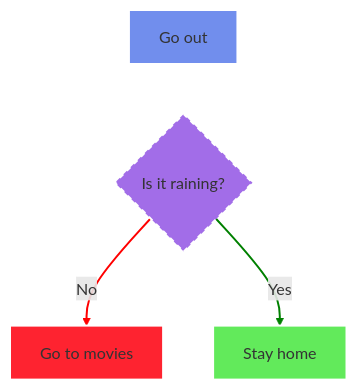
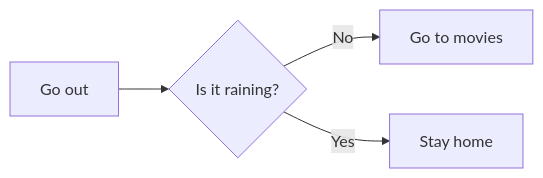
Before and after one commit to Adityamirpagar/mermaid: the diagram in readme.md, drawn with Mermaid. The commit also changed other lines of this file and 2 other files, not shown here.

Commit message:
link sheet added

````diff
--- a/readme.md
+++ b/readme.md
@@ -18,17 +16,13 @@
 ```mermaid
-flowchart TD
+flowchart LR
 %% is it raining
-    A["Go out"] --> B{"Is it raining?"} --"No"--> C["Go to movies"]
 
-    B--"Yes"--> D["Stay home"]
-
-   
-    linkStyle 0 stroke:white, stroke-width:2px;
-    linkStyle 1 stroke:red, stroke-width:2px;
-    linkStyle 2 stroke:green, stroke-width:2px;
-
-    style A fill:#718eed, stroke:white, stroke-width:2px;
-    style B fill:#a26de8, stroke:white, stroke-width:2px, stroke-dasharray:5 5;
-    style C fill:#fe2330, stroke:white, stroke-width:2px;
-    style D fill:#62ea5b, stroke:white, stroke-width:2px;
+    A["Go out"]
+    B{"Is it raining?"}
+    C["Go to movies"]
+    D["Stay home"]
+    
+    A --> B
+    B --"No"--> C
+    B --"Yes"--> D
 ```
````
